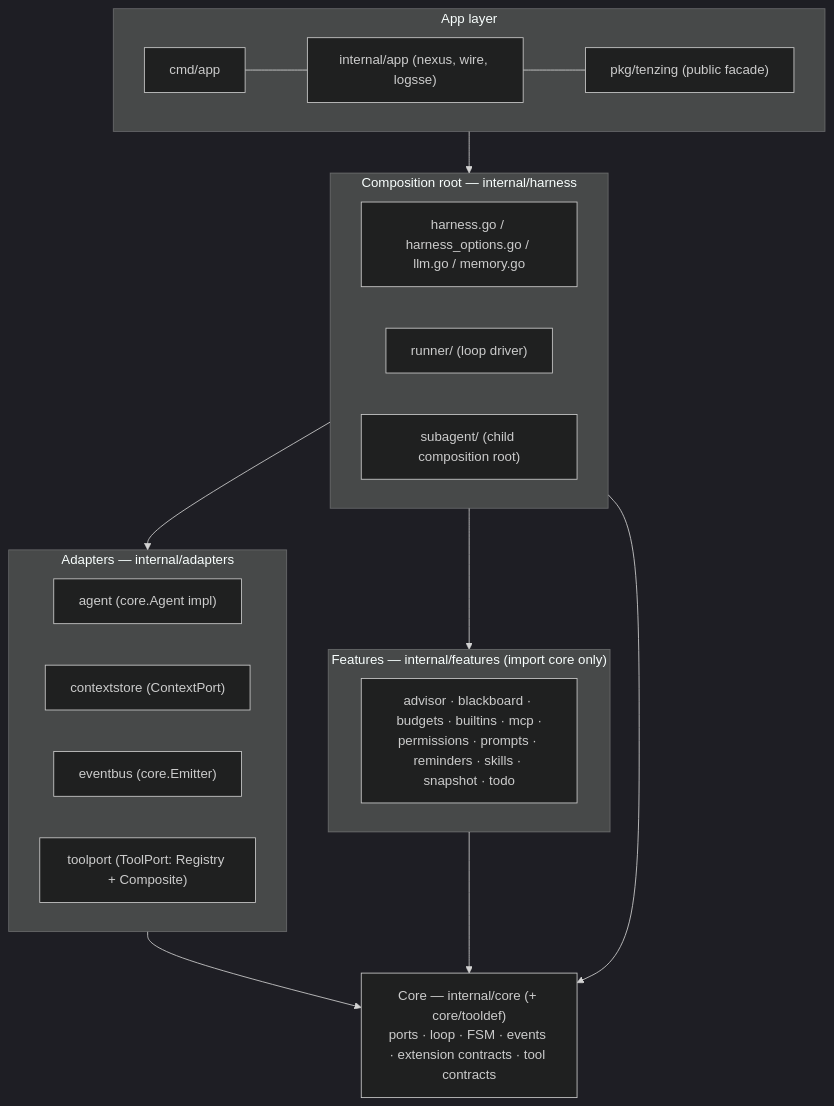
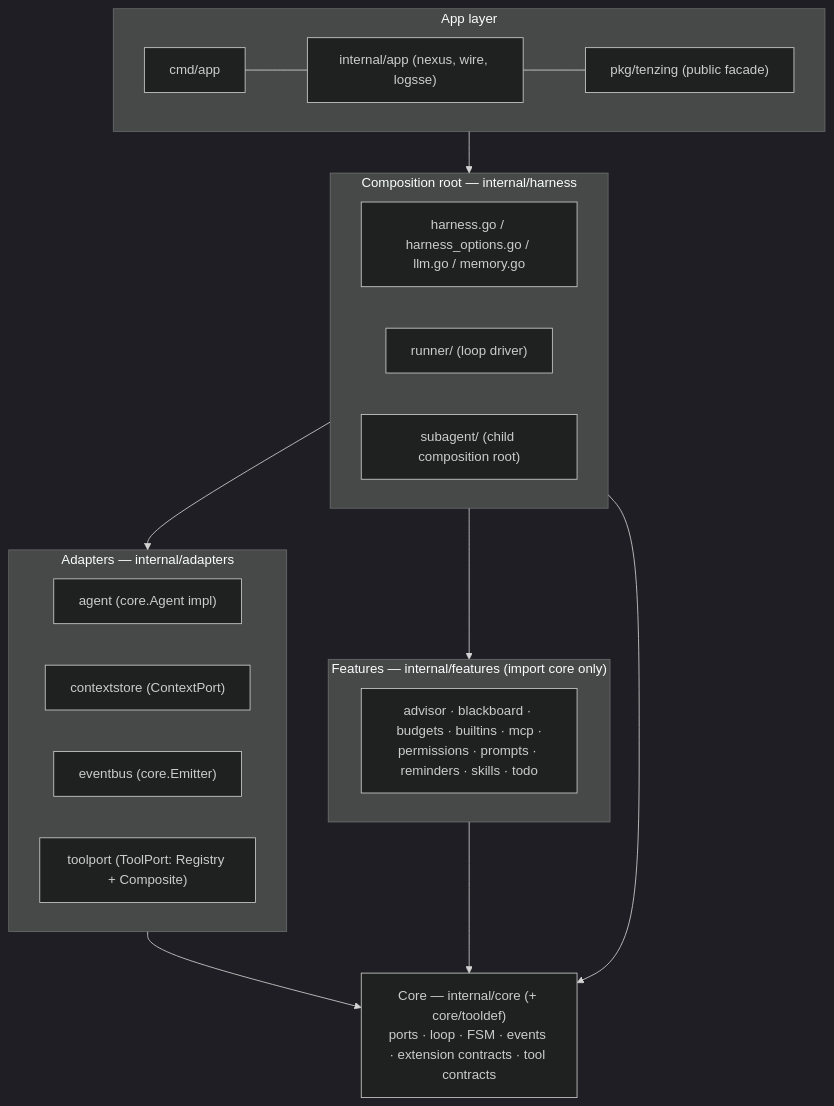
Before and after one commit to tab58/tenzing-agent-harness: the first of 2 diagrams in SYSTEM_ARCHITECTURE.md, drawn with Mermaid (dark theme). The commit also changed other lines of this file and 91 other files, not shown here.

````diff
--- a/SYSTEM_ARCHITECTURE.md
+++ b/SYSTEM_ARCHITECTURE.md
@@ -29,28 +29,28 @@
 ```mermaid
 flowchart TB
     subgraph APP["App layer"]
         CMD["cmd/app"] --- NEXUS["internal/app (nexus, wire, logsse)"] --- PKG["pkg/tenzing (public facade)"]
     end
     subgraph HARNESS["Composition root — internal/harness"]
         H["harness.go / harness_options.go / llm.go / memory.go"]
         RUNNER["runner/ (loop driver)"]
         SUB["subagent/ (child composition root)"]
     end
     subgraph ADAPTERS["Adapters — internal/adapters"]
         AG["agent (core.Agent impl)"]
         CS["contextstore (ContextPort)"]
         EB["eventbus (core.Emitter)"]
         TP["toolport (ToolPort: Registry + Composite)"]
     end
     subgraph FEATURES["Features — internal/features (import core only)"]
-        F1["advisor · blackboard · budgets · builtins · mcp ·<br/>permissions · prompts · reminders · skills · snapshot · todo"]
+        F1["advisor · blackboard · budgets · builtins · mcp ·<br/>permissions · prompts · reminders · skills · todo"]
     end
     CORE["Core — internal/core (+ core/tooldef)<br/>ports · loop · FSM · events · extension contracts · tool contracts"]
 
     APP --> HARNESS
     HARNESS --> ADAPTERS
     HARNESS --> FEATURES
     ADAPTERS --> CORE
     FEATURES --> CORE
     HARNESS --> CORE
 ```
````
